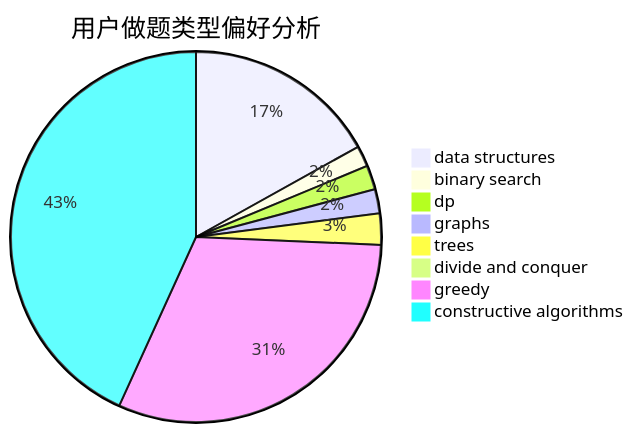
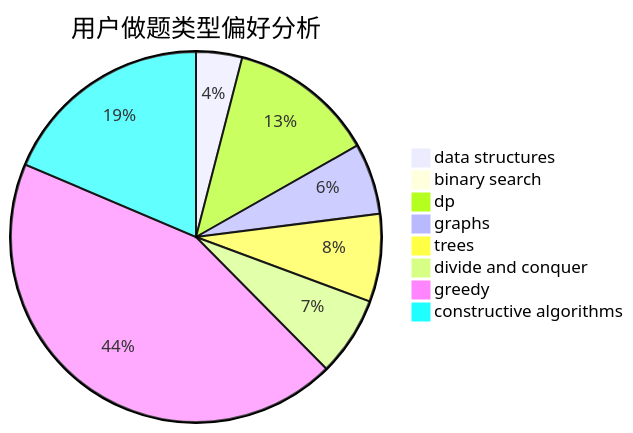
The second of 3 diagrams in docs/user/u2651.md (sherpahu/cfrs.github.io), drawn with Mermaid before and after one commit. The commit also changed other lines of this file and 2770 other files, not shown here.

````diff
--- a/docs/user/u2651.md
+++ b/docs/user/u2651.md
@@ -23,11 +23,11 @@
 ```mermaid
 pie title 用户做题类型偏好分析
-    "data structures" :  56
-    "binary search" :  6
-    "dp" :  7
-    "graphs" :  7
-    "trees" :  9
-    "divide and conquer" :  0
-    "greedy" :  103
-    "constructive algorithms" :  143
+    "data structures" :  11
+    "binary search" :  0
+    "dp" :  35
+    "graphs" :  17
+    "trees" :  21
+    "divide and conquer" :  19
+    "greedy" :  120
+    "constructive algorithms" :  51
 ```
````
